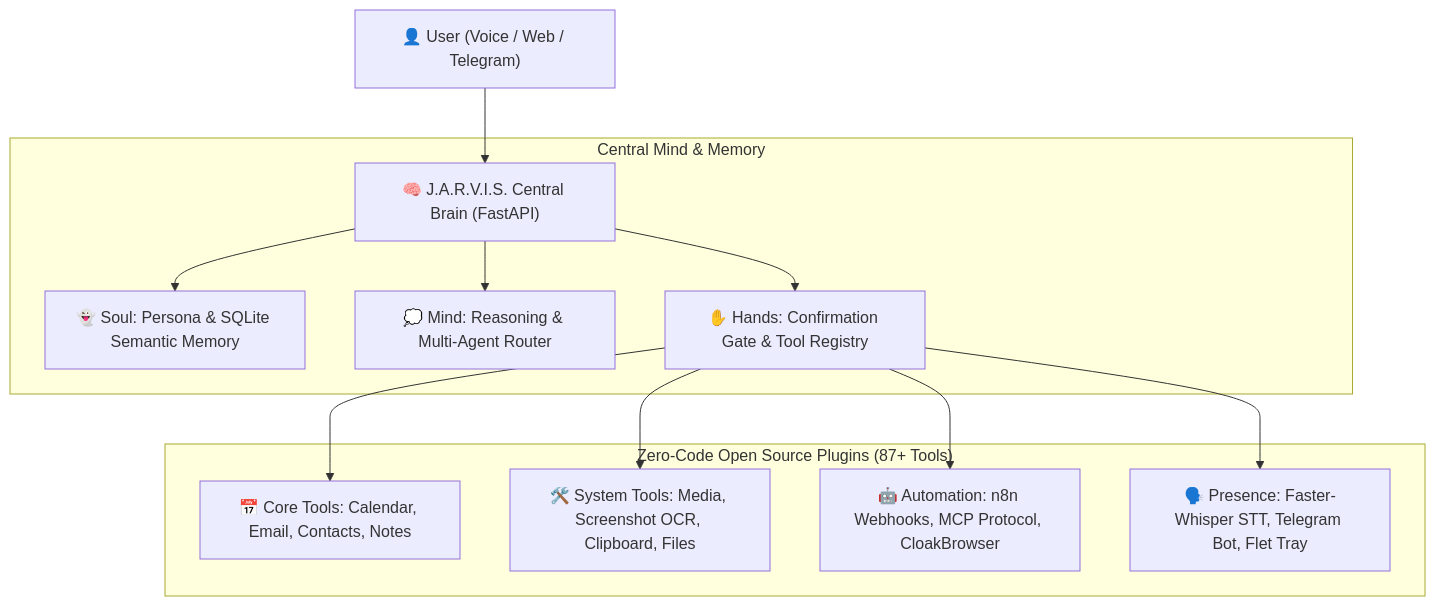
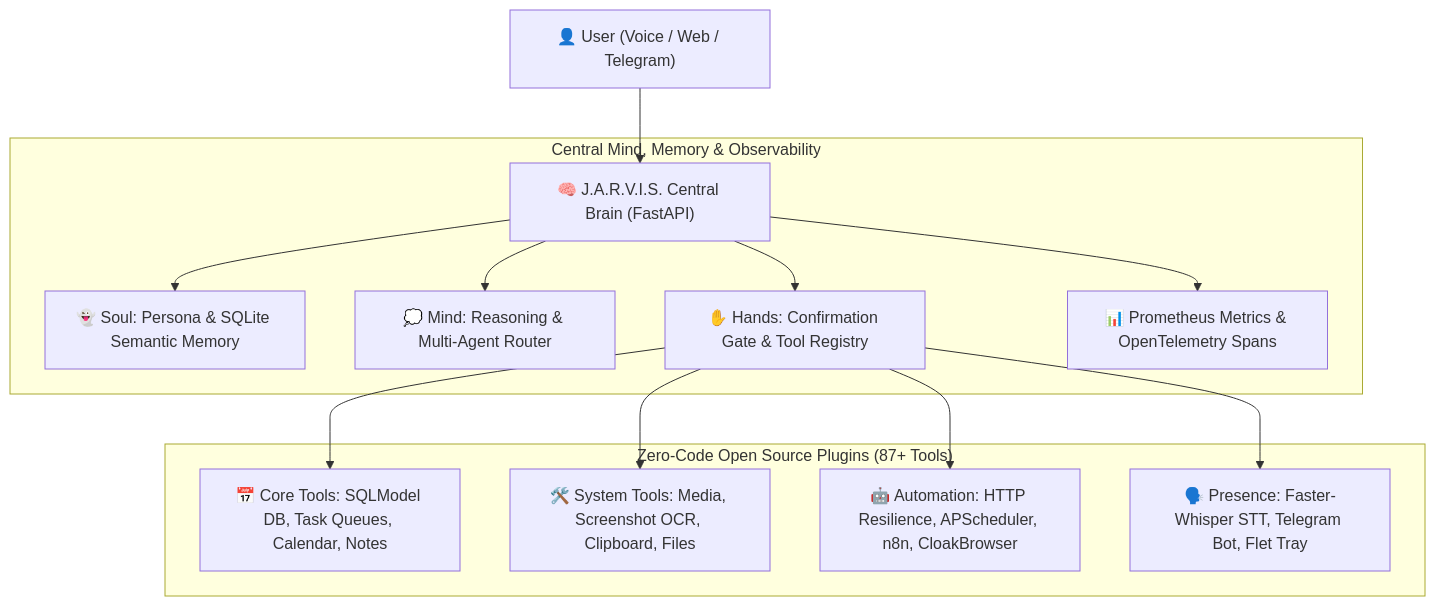
The first of 2 diagrams in README.md (dr-week/J.A.R.V.I.S), drawn with Mermaid before and after one commit. The commit also changed other lines of this file, not shown here.

Commit message:
docs(readme): add CSS/SVG animations, glowing HUD dividers, performance metrics, and observability details

````diff
--- a/README.md
+++ b/README.md
@@ -67,17 +109,18 @@
 ```mermaid
 graph TD
     A["👤 User (Voice / Web / Telegram)"] --> B["🧠 J.A.R.V.I.S. Central Brain (FastAPI)"]
     
-    subgraph Brain ["Central Mind & Memory"]
+    subgraph Brain ["Central Mind, Memory & Observability"]
         B --> C["👻 Soul: Persona & SQLite Semantic Memory"]
         B --> D["💭 Mind: Reasoning & Multi-Agent Router"]
         B --> E["✋ Hands: Confirmation Gate & Tool Registry"]
+        B --> M["📊 Prometheus Metrics & OpenTelemetry Spans"]
     end
     
     subgraph Ecosystem ["Zero-Code Open Source Plugins (87+ Tools)"]
-        E --> F["📅 Core Tools: Calendar, Email, Contacts, Notes"]
+        E --> F["📅 Core Tools: SQLModel DB, Task Queues, Calendar, Notes"]
         E --> G["🛠️ System Tools: Media, Screenshot OCR, Clipboard, Files"]
-        E --> H["🤖 Automation: n8n Webhooks, MCP Protocol, CloakBrowser"]
+        E --> H["🤖 Automation: HTTP Resilience, APScheduler, n8n, CloakBrowser"]
         E --> I["🗣️ Presence: Faster-Whisper STT, Telegram Bot, Flet Tray"]
     end
 ```
````
